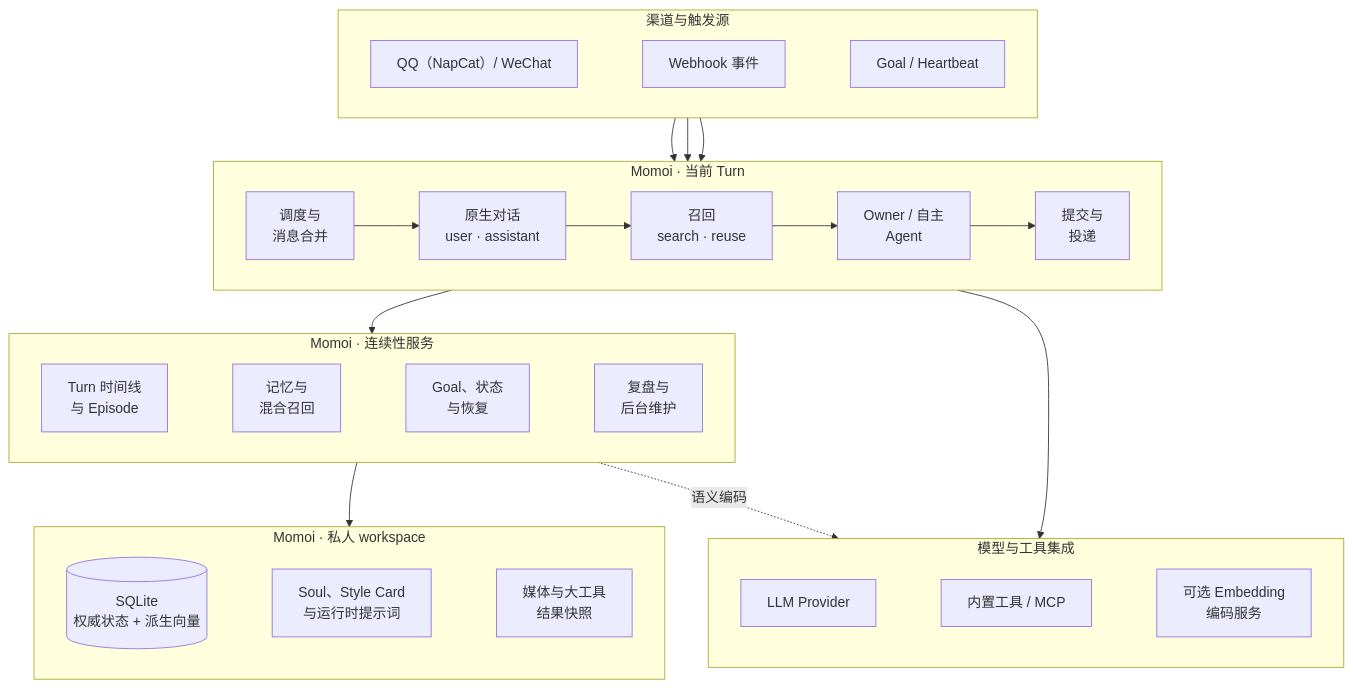
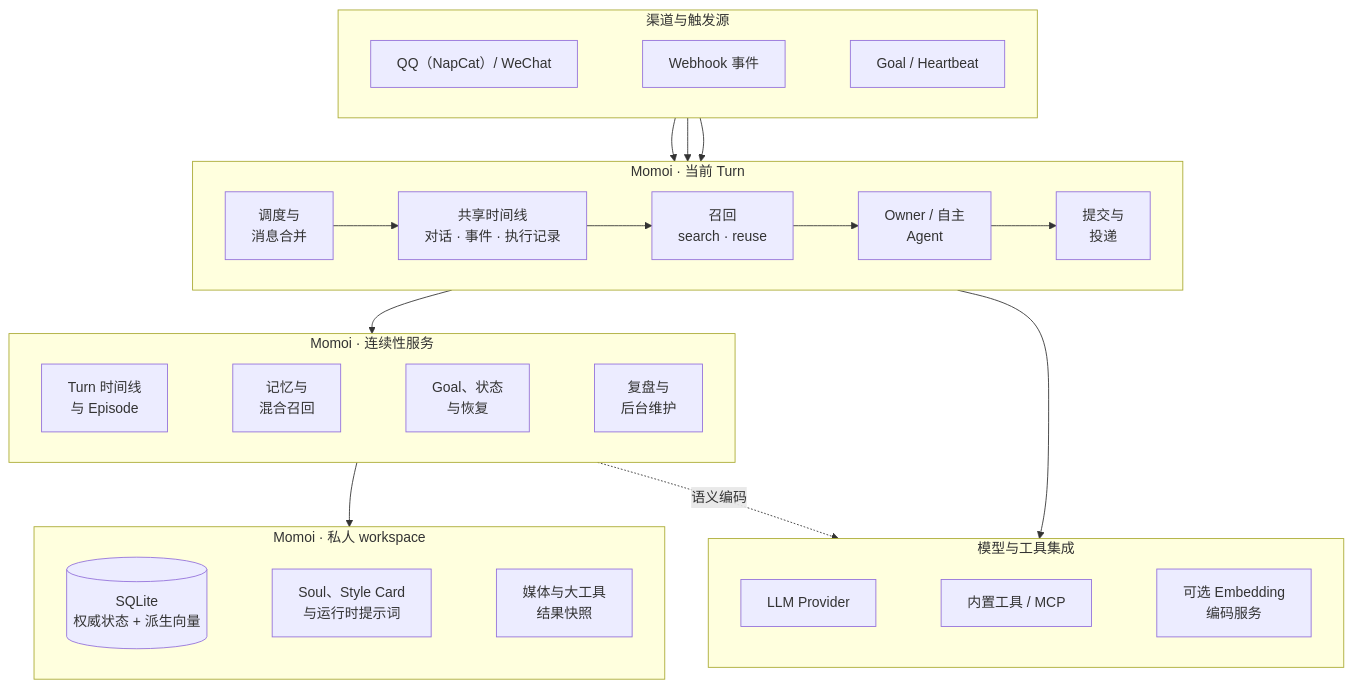
Before and after one commit to RicterZ/Momoi: the first of 2 diagrams in README.zh-CN.md, drawn with Mermaid. The commit also changed other lines of this file and 17 other files, not shown here.

Commit message:
Remove obsolete context bookkeeping and document shared timeline

````diff
--- a/README.zh-CN.md
+++ b/README.zh-CN.md
@@ -38,53 +38,53 @@
 ```mermaid
 flowchart TB
   subgraph triggers["渠道与触发源"]
     direction LR
     chat["QQ（NapCat）/ WeChat"]
     webhook["Webhook 事件"]
     clock["Goal / Heartbeat"]
     chat ~~~ webhook ~~~ clock
   end
 
   subgraph active["Momoi · 当前 Turn"]
     direction LR
     intake["调度与<br/>消息合并"]
-    transcript["原生对话<br/>user · assistant"]
+    transcript["共享时间线<br/>对话 · 事件 · 执行记录"]
     context["召回<br/>search · reuse"]
     agent["Owner / 自主<br/>Agent"]
     delivery["提交与<br/>投递"]
     intake --> transcript --> context --> agent --> delivery
   end
 
   subgraph continuity["Momoi · 连续性服务"]
     direction LR
     timeline["Turn 时间线<br/>与 Episode"]
     memory["记忆与<br/>混合召回"]
     time["Goal、状态<br/>与恢复"]
     upkeep["复盘与<br/>后台维护"]
     timeline ~~~ memory ~~~ time ~~~ upkeep
   end
 
   subgraph workspace["Momoi · 私人 workspace"]
     direction LR
     sqlite[("SQLite<br/>权威状态 + 派生向量")]
     prompts["Soul、Style Card<br/>与运行时提示词"]
     files["媒体与大工具<br/>结果快照"]
     sqlite ~~~ prompts ~~~ files
   end
 
   subgraph external["模型与工具集成"]
     direction LR
     llm["LLM Provider"]
     tools["内置工具 / MCP"]
     embedding["可选 Embedding<br/>编码服务"]
     llm ~~~ tools ~~~ embedding
   end
 
   chat --> intake
   webhook --> intake
   clock --> intake
   active --> continuity
   continuity --> workspace
   active --> external
   continuity -. "语义编码" .-> external
 ```
````
